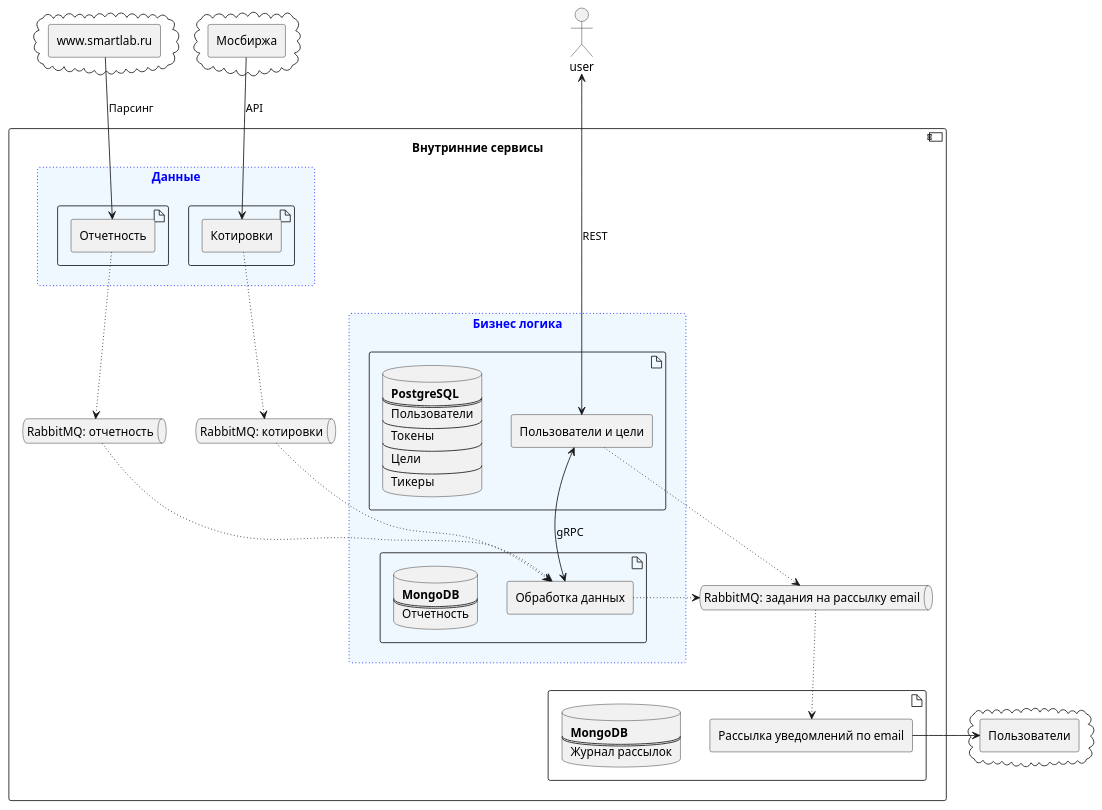
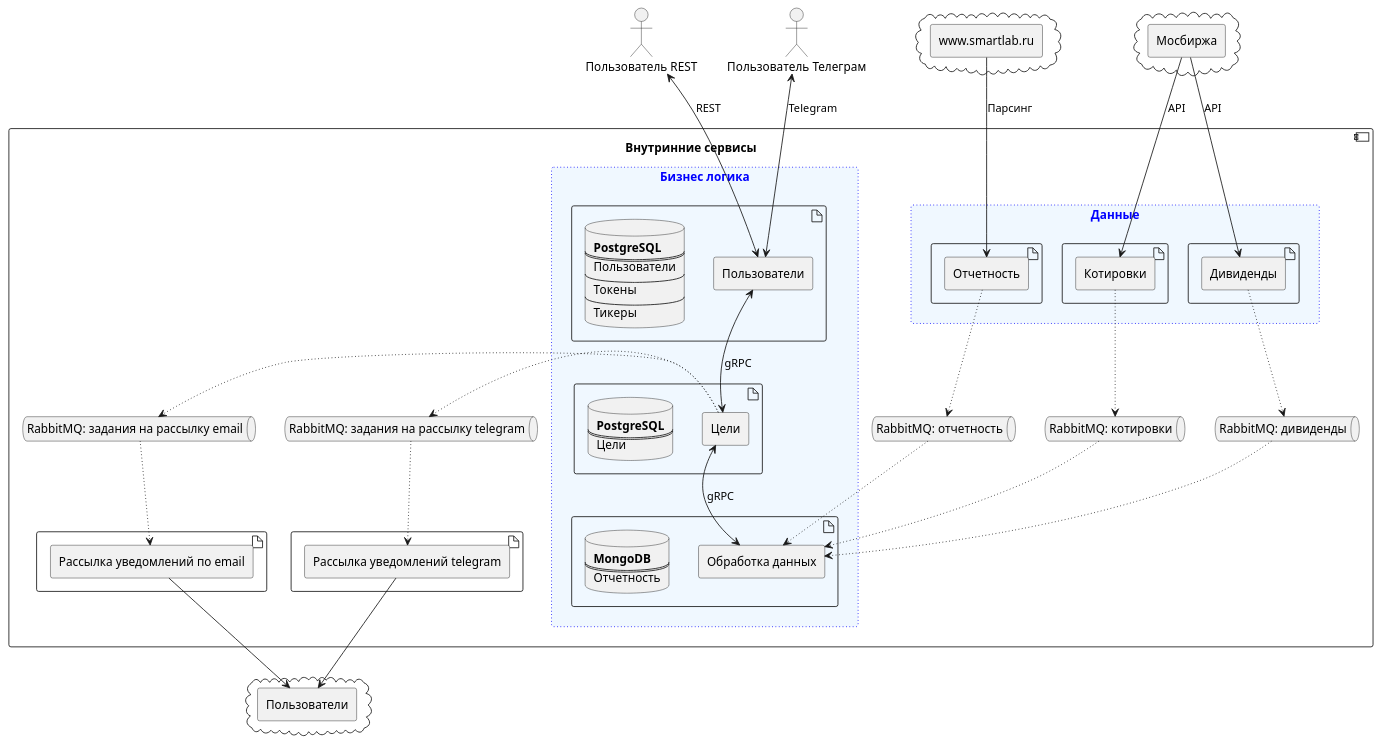
The diagram in README.md (akolobaha/fin_quotes), drawn with PlantUML before and after one commit.

Commit message:
обновлена uml диаграмма

````diff
--- a/README.md
+++ b/README.md
@@ -29,6 +29,7 @@
 ```plantuml
 @startuml
-actor "user" as actor
+actor "Пользователь REST" as actor
+actor "Пользователь Телеграм" as tg_user
 
 component "Внутринние сервисы" as internal {
 
@@ -44,7 +45,7 @@
         
         
         artifact {
-            agent "Пользователи и цели" as users_service 
+            agent "Пользователи" as users_service 
             
             database database_user [
                 <b>PostgreSQL
@@ -53,22 +54,30 @@
                 ----
                 Токены
                 ----
+                Тикеры
+            ]
+        }
+
+        
+
+        artifact {
+            agent "Цели" as targets_service 
+            
+            database database_targets [
+                <b>PostgreSQL
+                ====
                 Цели
-                ----
-                Тикеры
             ]
         }
     }
     
     
     artifact {
-        
-        database database_notification [
-                <b>MongoDB
-                ====
-                Журнал рассылок
-            ]
         agent "Рассылка уведомлений по email" as notification
+    }
+    
+    artifact {
+        agent "Рассылка уведомлений telegram" as notification_telegram
     }
 
 
@@ -81,11 +90,18 @@
         agent "Котировки" as tracker
    
     }
+    artifact {
+        agent "Дивиденды" as dividends
+   
+    }
     }
     
     queue "RabbitMQ: отчетность" as rabbit_fundamentals
     queue "RabbitMQ: котировки" as rabbit_quotes 
+    queue "RabbitMQ: дивиденды" as rabbit_dividends
     queue "RabbitMQ: задания на рассылку email" as rabbit_notifications
+    
+    queue "RabbitMQ: задания на рассылку telegram" as rabbit_notifications_telegram
 
 }
 
@@ -106,23 +122,31 @@
 externalData --> parser: Парсинг
 
 tracker-[dotted]->rabbit_quotes
+dividends-[dotted]->rabbit_dividends
 rabbit_quotes-[dotted]->processing
+rabbit_dividends-[dotted]->processing
 
 parser-[dotted]->rabbit_fundamentals
 rabbit_fundamentals-[dotted]->processing
 
-users_service -[dotted]>rabbit_notifications
+targets_service -[dotted]>rabbit_notifications
 
-processing -[dotted]> rabbit_notifications
 rabbit_notifications-[dotted]->notification
 
-users_service <--> processing : gRPC
+targets_service -[dotted]>rabbit_notifications_telegram
+rabbit_notifications_telegram-[dotted]->notification_telegram
+
+users_service <--> targets_service : gRPC
+targets_service <--> processing : gRPC
 
 market-->tracker : "API"
+market-->dividends : "API"
 
-notification->telegramm
+notification-->telegramm
+notification_telegram-->telegramm
 
 
-actor <---> users_service : REST
+ actor <--> users_service : REST
+ tg_user <--> users_service : Telegram
 @enduml
 ```
````
